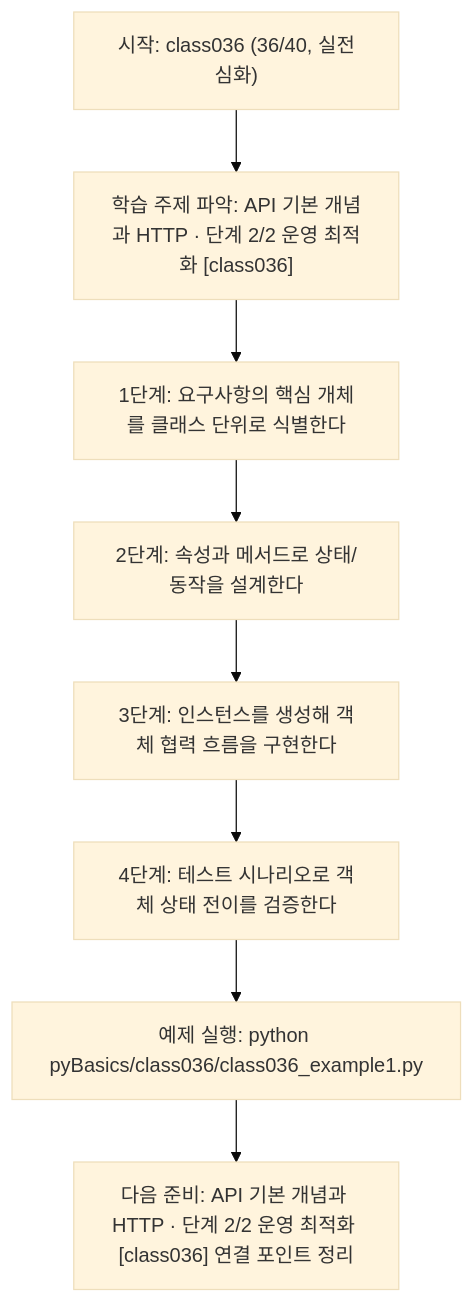
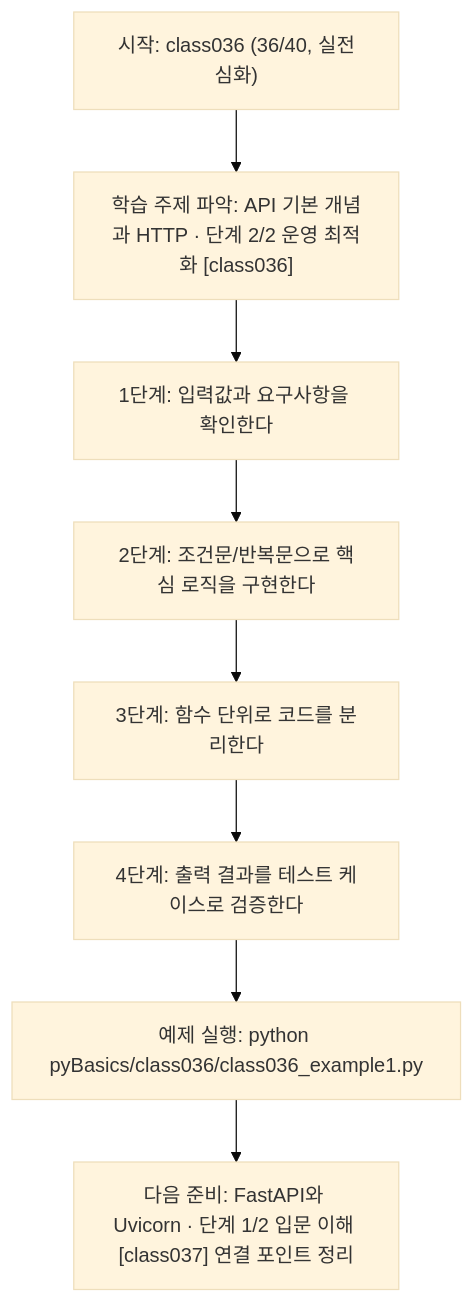
One commit to edumgt/Python-AI_Agent-Class changed the diagram in pyBasics/class036/class036.md. Above: the diagram before and after it, drawn with Mermaid (base theme). The commit also changed other lines of this file and 2370 other files, not shown here.

````diff
--- a/pyBasics/class036/class036.md
+++ b/pyBasics/class036/class036.md
@@ -108,18 +91,18 @@
 ```mermaid
 flowchart TD
 N1["시작: class036 (36/40, 실전심화)"]
 N2["학습 주제 파악: API 기본 개념과 HTTP · 단계 2/2 운영 최적화 [class036]"]
-N3["1단계: 요구사항의 핵심 개체를 클래스 단위로 식별한다"]
-N4["2단계: 속성과 메서드로 상태/동작을 설계한다"]
-N5["3단계: 인스턴스를 생성해 객체 협력 흐름을 구현한다"]
-N6["4단계: 테스트 시나리오로 객체 상태 전이를 검증한다"]
+N3["1단계: 입력값과 요구사항을 확인한다"]
+N4["2단계: 조건문/반복문으로 핵심 로직을 구현한다"]
+N5["3단계: 함수 단위로 코드를 분리한다"]
+N6["4단계: 출력 결과를 테스트 케이스로 검증한다"]
 N7["예제 실행: python pyBasics/class036/class036_example1.py"]
-N8["다음 준비: API 기본 개념과 HTTP · 단계 2/2 운영 최적화 [class036] 연결 포인트 정리"]
+N8["다음 준비: FastAPI와 Uvicorn · 단계 1/2 입문 이해 [class037] 연결 포인트 정리"]
 N1 --> N2
 N2 --> N3
 N3 --> N4
 N4 --> N5
 N5 --> N6
 N6 --> N7
 N7 --> N8
 ```
````
